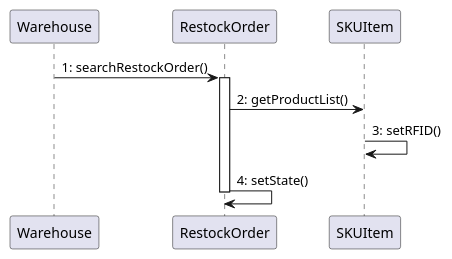
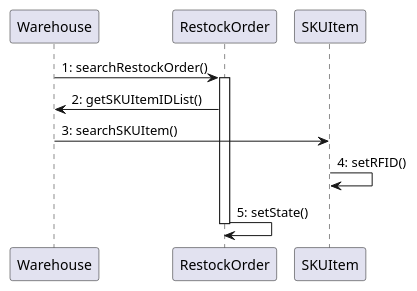
One commit to salvatorecurello/EzWharehouse changed the third of 5 diagrams in DesignDocument.md. Above: the diagram before and after it, drawn with PlantUML. The commit also changed other lines of this file and 1 other file, not shown here.

````diff
--- a/DesignDocument.md
+++ b/DesignDocument.md
@@ -338,10 +337,11 @@
 ```plantuml
 @startuml
 Warehouse -> RestockOrder: 1: searchRestockOrder()
 activate RestockOrder
-RestockOrder -> SKUItem: 2: getProductList()
-SKUItem -> SKUItem: 3: setRFID()
-RestockOrder -> RestockOrder: 4: setState()
+RestockOrder -> Warehouse: 2: getSKUItemIDList()
+Warehouse -> SKUItem : 3: searchSKUItem()
+SKUItem -> SKUItem: 4: setRFID()
+RestockOrder -> RestockOrder: 5: setState()
 deactivate RestockOrder
 @enduml
 ```
````
